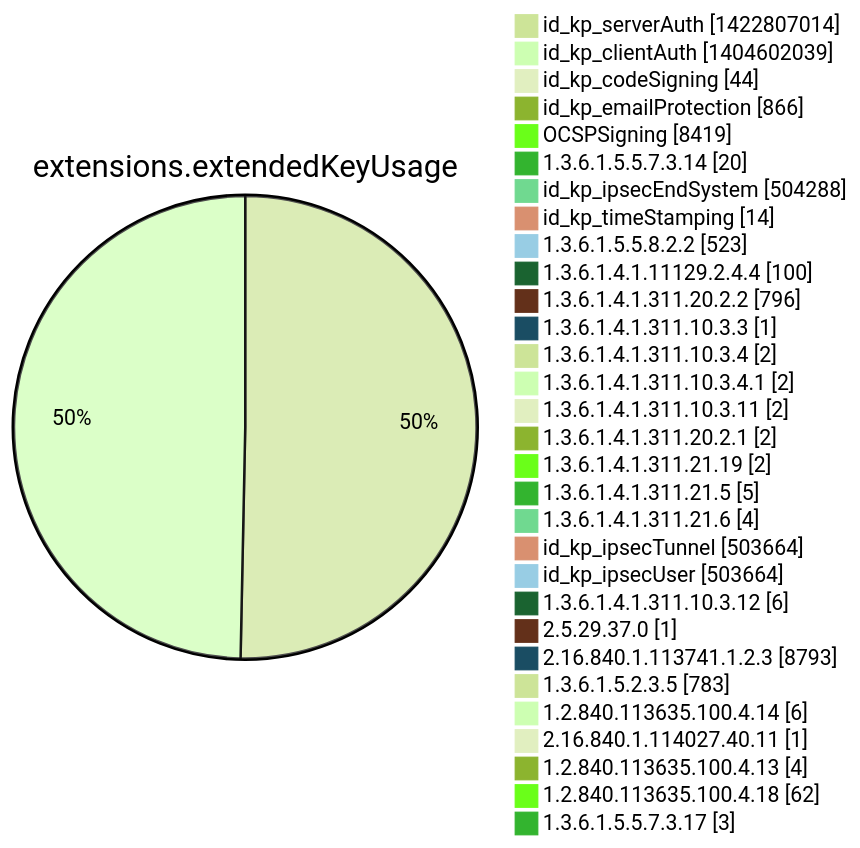
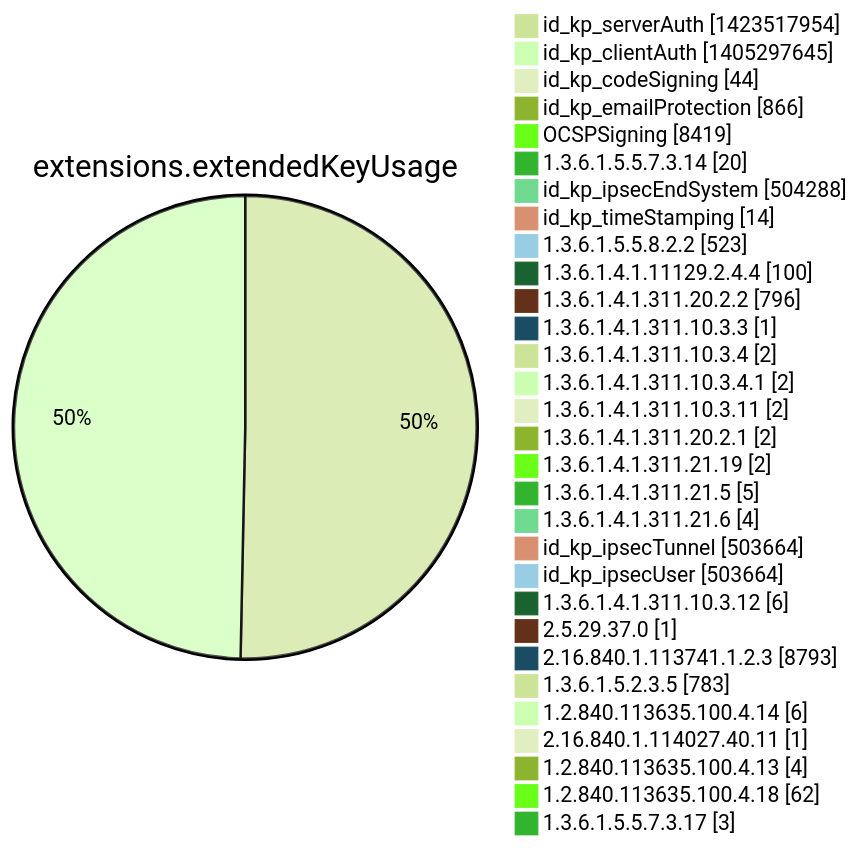
Diagram 12 of 15 in argon2022/README.md (christiankrug/ctmonitor_visualization), drawn with Mermaid (forest theme) before and after one commit. The commit also changed other lines of this file, not shown here.

````diff
--- a/argon2022/README.md
+++ b/argon2022/README.md
@@ -3555,34 +3555,34 @@
 ```mermaid
 pie showData
 title extensions.extendedKeyUsage
-"id_kp_serverAuth" :1422807014
-"id_kp_clientAuth" :1404602039
+"id_kp_serverAuth" :1423517954
+"id_kp_clientAuth" :1405297645
 "id_kp_codeSigning" :44
 "id_kp_emailProtection" :866
 "OCSPSigning" :8419
 "1.3.6.1.5.5.7.3.14" :20
 "id_kp_ipsecEndSystem" :504288
 "id_kp_timeStamping" :14
 "1.3.6.1.5.5.8.2.2" :523
 "1.3.6.1.4.1.11129.2.4.4" :100
 "1.3.6.1.4.1.311.20.2.2" :796
 "1.3.6.1.4.1.311.10.3.3" :1
 "1.3.6.1.4.1.311.10.3.4" :2
 "1.3.6.1.4.1.311.10.3.4.1" :2
 "1.3.6.1.4.1.311.10.3.11" :2
 "1.3.6.1.4.1.311.20.2.1" :2
 "1.3.6.1.4.1.311.21.19" :2
 "1.3.6.1.4.1.311.21.5" :5
 "1.3.6.1.4.1.311.21.6" :4
 "id_kp_ipsecTunnel" :503664
 "id_kp_ipsecUser" :503664
 "1.3.6.1.4.1.311.10.3.12" :6
 "2.5.29.37.0" :1
 "2.16.840.1.113741.1.2.3" :8793
 "1.3.6.1.5.2.3.5" :783
 "1.2.840.113635.100.4.14" :6
 "2.16.840.1.114027.40.11" :1
 "1.2.840.113635.100.4.13" :4
 "1.2.840.113635.100.4.18" :62
 "1.3.6.1.5.5.7.3.17" :3
 ```
````
